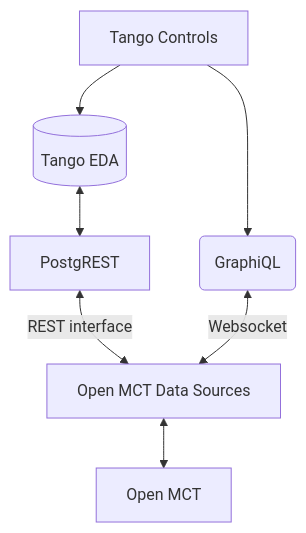
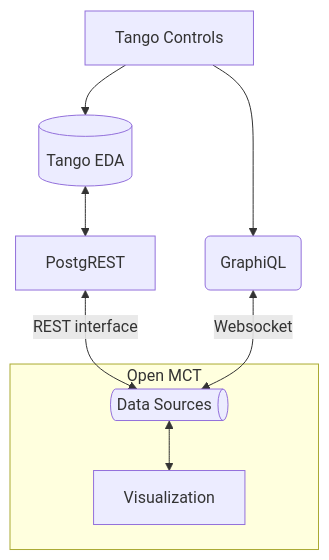
Before and after one commit to SKAJohanVenter/tangomct: the diagram in README.md, drawn with Mermaid.

Commit message:
More doc updates

````diff
--- a/README.md
+++ b/README.md
@@ -29,9 +29,11 @@
 ```mermaid
 flowchart TD
     A[Tango Controls] -->B(GraphiQL)
     A[Tango Controls] -->C[(Tango EDA)]
     C<-->D[PostgREST]
     D<-->|REST interface|E
     B<-->|Websocket|E
-    E[Open MCT Data Sources]<-->F[Open MCT]
+    subgraph openmct ["Open MCT"]
+    E@{ shape: das, label: "Data Sources"}<-->F[Visualization]
+    end
 ```
````
